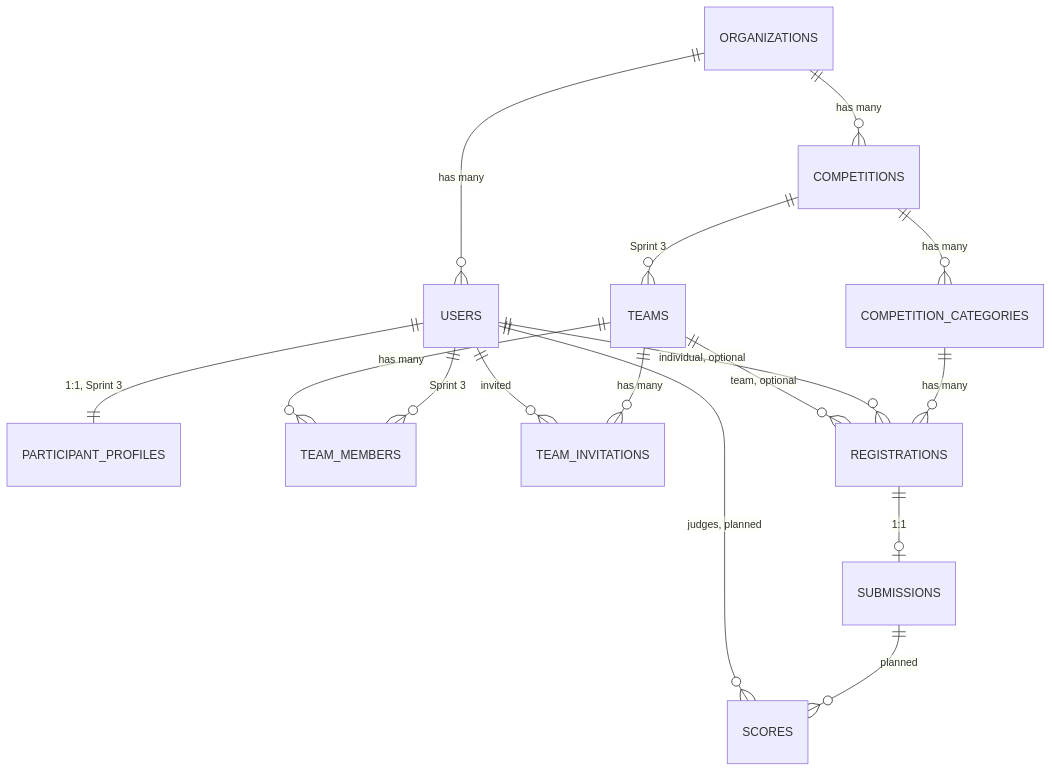
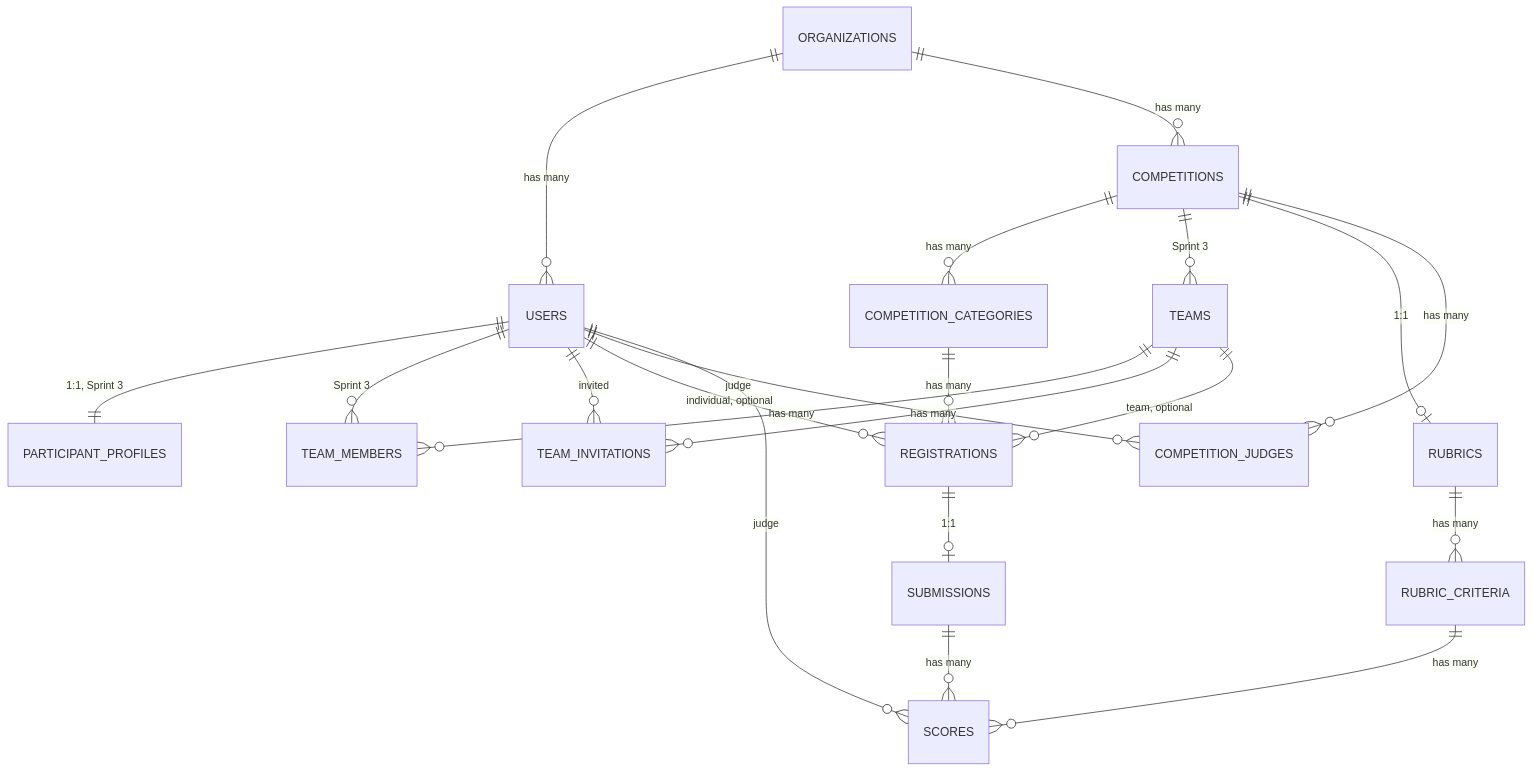
Before and after one commit to protex121/competition-management-system: the diagram in docs/DATABASE.md, drawn with Mermaid. The commit also changed other lines of this file and 24 other files, not shown here.

````diff
--- a/docs/DATABASE.md
+++ b/docs/DATABASE.md
@@ -16,18 +16,23 @@
 ```mermaid
 erDiagram
     ORGANIZATIONS ||--o{ USERS : "has many"
     ORGANIZATIONS ||--o{ COMPETITIONS : "has many"
     COMPETITIONS ||--o{ COMPETITION_CATEGORIES : "has many"
     COMPETITIONS ||--o{ TEAMS : "Sprint 3"
     USERS ||--|| PARTICIPANT_PROFILES : "1:1, Sprint 3"
     USERS ||--o{ TEAM_MEMBERS : "Sprint 3"
     TEAMS ||--o{ TEAM_MEMBERS : "has many"
     TEAMS ||--o{ TEAM_INVITATIONS : "has many"
     USERS ||--o{ TEAM_INVITATIONS : "invited"
     COMPETITION_CATEGORIES ||--o{ REGISTRATIONS : "has many"
     USERS ||--o{ REGISTRATIONS : "individual, optional"
     TEAMS ||--o{ REGISTRATIONS : "team, optional"
     REGISTRATIONS ||--o| SUBMISSIONS : "1:1"
-    SUBMISSIONS ||--o{ SCORES : "planned"
-    USERS ||--o{ SCORES : "judges, planned"
+    COMPETITIONS ||--o| RUBRICS : "1:1"
+    RUBRICS ||--o{ RUBRIC_CRITERIA : "has many"
+    COMPETITIONS ||--o{ COMPETITION_JUDGES : "has many"
+    USERS ||--o{ COMPETITION_JUDGES : "judge"
+    SUBMISSIONS ||--o{ SCORES : "has many"
+    RUBRIC_CRITERIA ||--o{ SCORES : "has many"
+    USERS ||--o{ SCORES : "judge"
 ```
````
